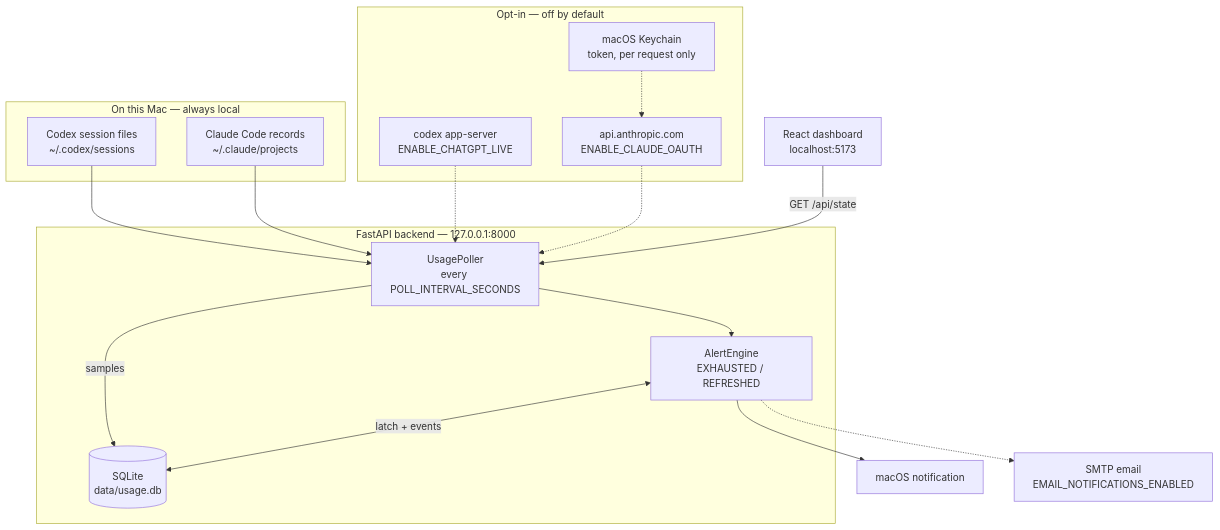
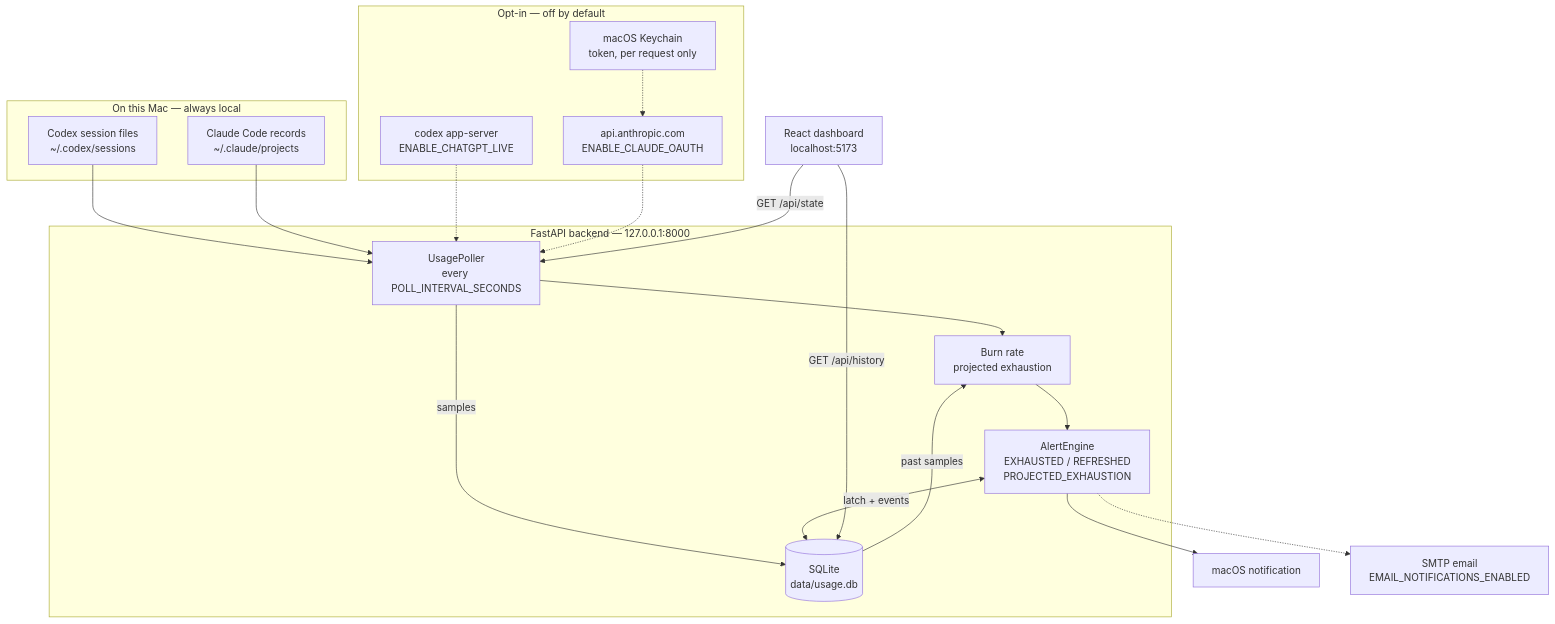
The diagram in README.md (larryaus/Quota-Glass), drawn with Mermaid before and after one commit. The commit also changed other lines of this file and 16 other files, not shown here.

````diff
--- a/README.md
+++ b/README.md
@@ -36,36 +36,40 @@
 ```mermaid
 flowchart TB
     subgraph onmac["On this Mac — always local"]
         codexFiles["Codex session files<br/>~/.codex/sessions"]
         claudeFiles["Claude Code records<br/>~/.claude/projects"]
     end
 
     subgraph optin["Opt-in — off by default"]
         codexCli["codex app-server<br/>ENABLE_CHATGPT_LIVE"]
         anthropic["api.anthropic.com<br/>ENABLE_CLAUDE_OAUTH"]
         keychain["macOS Keychain<br/>token, per request only"]
     end
 
     subgraph backend["FastAPI backend — 127.0.0.1:8000"]
         poller["UsagePoller<br/>every POLL_INTERVAL_SECONDS"]
-        alerts["AlertEngine<br/>EXHAUSTED / REFRESHED"]
+        burn["Burn rate<br/>projected exhaustion"]
+        alerts["AlertEngine<br/>EXHAUSTED / REFRESHED<br/>PROJECTED_EXHAUSTION"]
         db[("SQLite<br/>data/usage.db")]
     end
 
     ui["React dashboard<br/>localhost:5173"]
     macos["macOS notification"]
     email["SMTP email<br/>EMAIL_NOTIFICATIONS_ENABLED"]
 
     codexFiles --> poller
     claudeFiles --> poller
     codexCli -.-> poller
     keychain -.-> anthropic
     anthropic -.-> poller
 
-    poller --> alerts
+    poller --> burn
+    db -->|past samples| burn
+    burn --> alerts
     poller -->|samples| db
     alerts <-->|latch + events| db
     alerts --> macos
     alerts -.-> email
     ui -->|"GET /api/state"| poller
+    ui -->|"GET /api/history"| db
 ```
````
